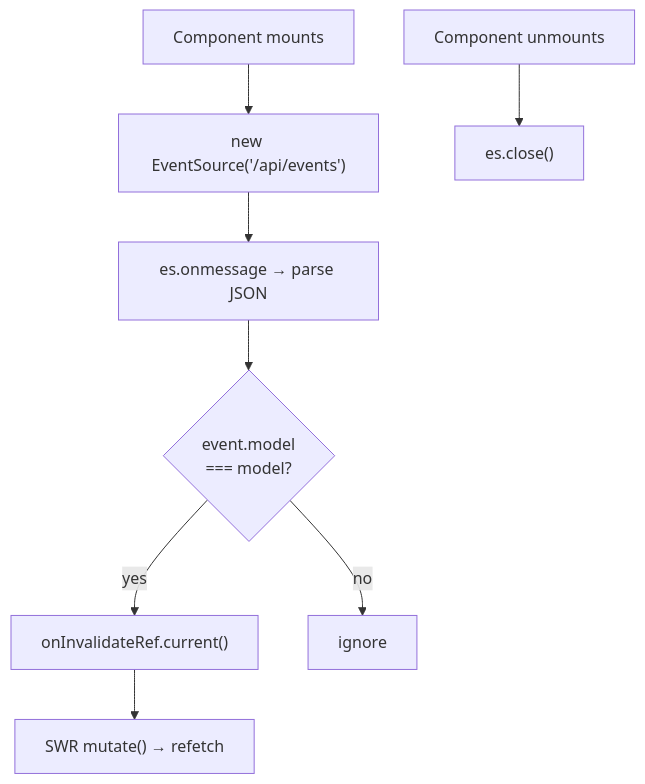
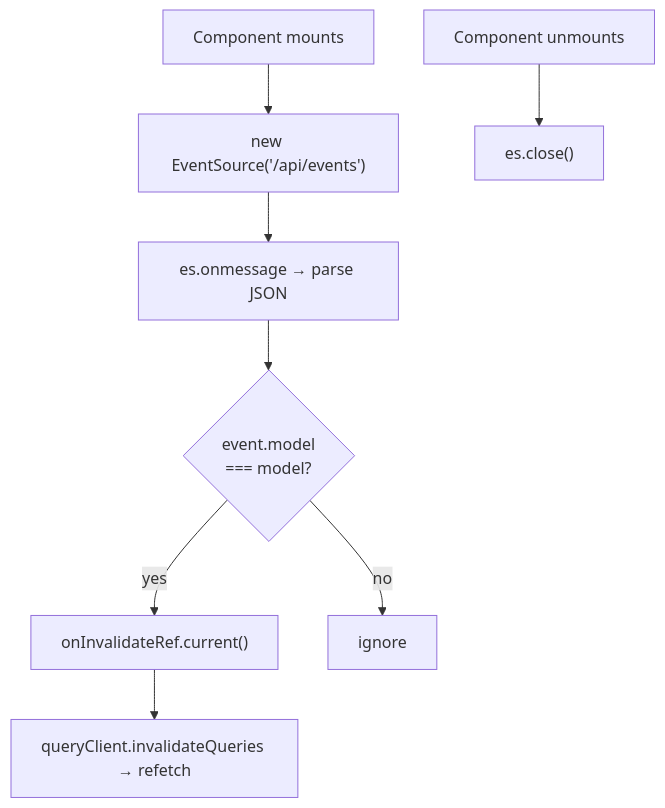
Before and after one commit to salsquared/mission-control: the fourth of 10 diagrams in docs/architecture.md, drawn with Mermaid. The commit also changed other lines of this file, not shown here.

First line of the commit message:
docs: refresh architecture.md to reflect MVP2 state

````diff
--- a/docs/architecture.md
+++ b/docs/architecture.md
@@ -515,10 +551,10 @@
 ```mermaid
 flowchart TD
     Mount["Component mounts"] --> Open["new EventSource('/api/events')"]
     Open --> Listen["es.onmessage → parse JSON"]
     Listen --> Check{event.model<br/>=== model?}
     Check -->|yes| Call["onInvalidateRef.current()"]
     Check -->|no| Discard["ignore"]
-    Call --> Mutate["SWR mutate() → refetch"]
+    Call --> Mutate["queryClient.invalidateQueries → refetch"]
     Unmount["Component unmounts"] --> Close["es.close()"]
 ```
````
